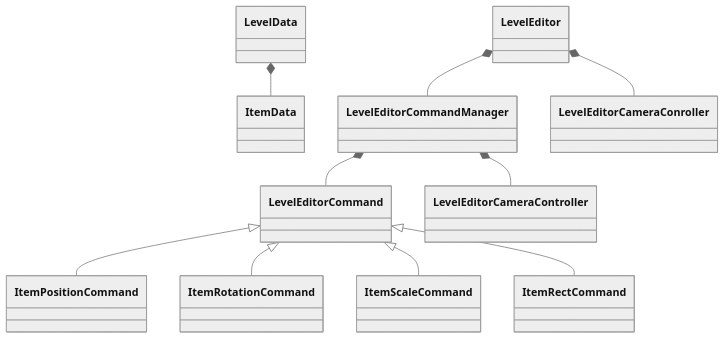
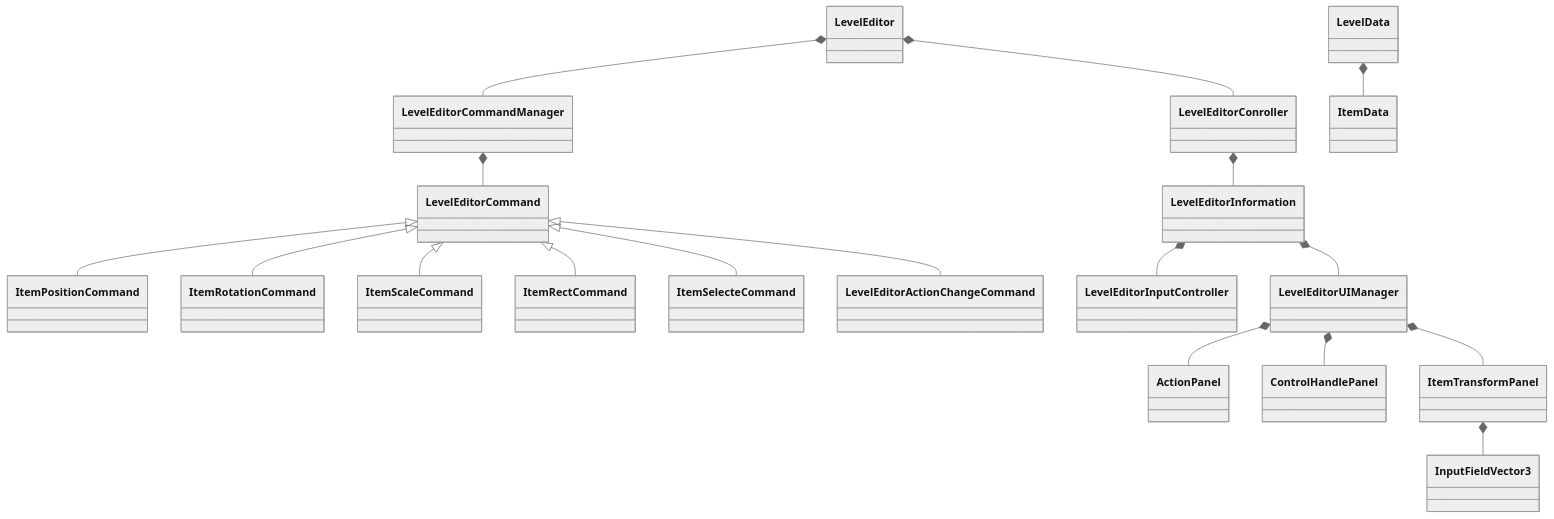
Before and after one commit to flicker-studio/RimeEditor: the eighth of 8 diagrams in README.md, drawn with Mermaid (neutral theme). The commit also changed other lines of this file and 69 other files, not shown here.

First line of the commit message:
merge: level editor update (#26)

````diff
--- a/README.md
+++ b/README.md
@@ -286,12 +288,20 @@
 ```mermaid
 classDiagram
 LevelEditorCommand <|-- ItemPositionCommand
 LevelEditorCommand <|-- ItemRotationCommand
 LevelEditorCommand <|-- ItemScaleCommand
 LevelEditorCommand <|-- ItemRectCommand
+LevelEditorCommand <|-- ItemSelecteCommand
+LevelEditorCommand <|-- LevelEditorActionChangeCommand
 LevelEditorCommandManager *-- LevelEditorCommand
-LevelEditorCommandManager *-- LevelEditorCameraController
+LevelEditor *-- LevelEditorCommandManager
+LevelEditor *-- LevelEditorConroller
+LevelEditorConroller *-- LevelEditorInformation
+LevelEditorInformation *-- LevelEditorInputController
+LevelEditorInformation *-- LevelEditorUIManager
+LevelEditorUIManager *-- ActionPanel
+LevelEditorUIManager *-- ControlHandlePanel
+LevelEditorUIManager *-- ItemTransformPanel
+ItemTransformPanel *-- InputFieldVector3
 LevelData *-- ItemData
-LevelEditor *-- LevelEditorCommandManager
-LevelEditor *-- LevelEditorCameraConroller
 ```
````
